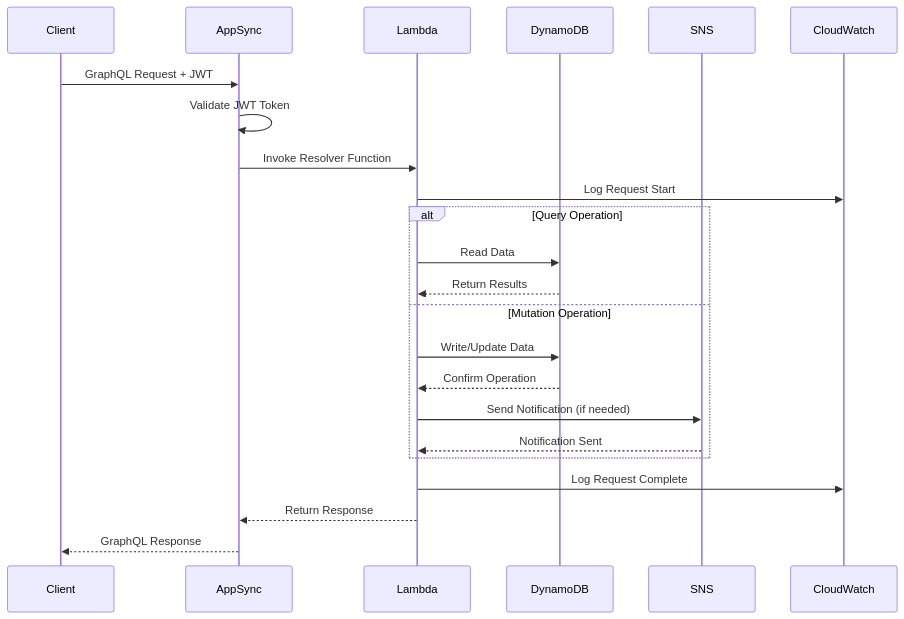
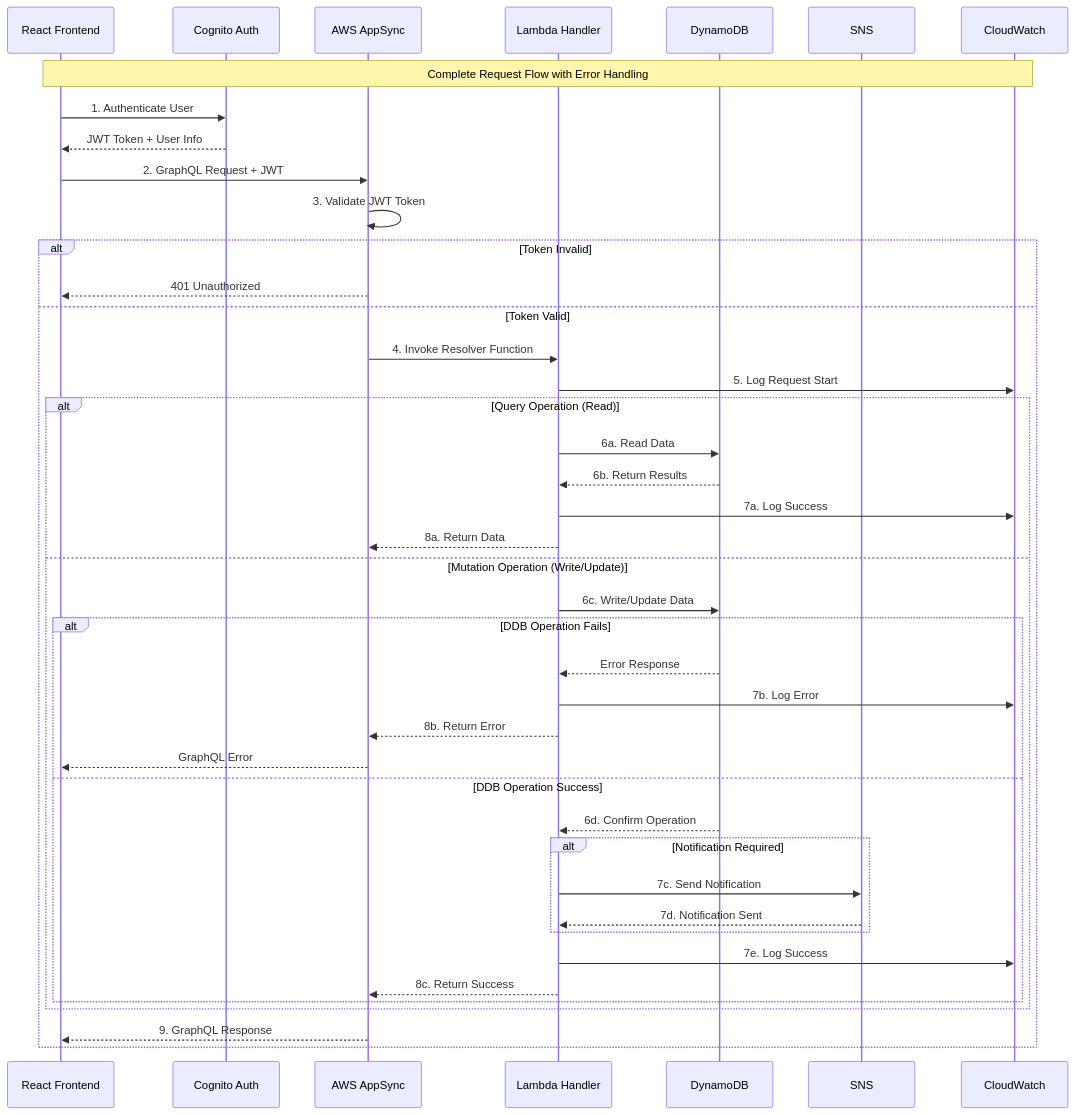
One commit to mangucletus/aws-serverless-task-management-system changed the second of 4 diagrams in backend/README.md. Above: the diagram before and after it, drawn with Mermaid. The commit also changed other lines of this file and 21 other files, not shown here.

````diff
--- a/backend/README.md
+++ b/backend/README.md
@@ -105,28 +180,54 @@
 ```mermaid
 sequenceDiagram
-    participant Client
-    participant AppSync
-    participant Lambda
-    participant DynamoDB
-    participant SNS
-    participant CloudWatch
+    participant Client as React Frontend
+    participant Auth as Cognito Auth
+    participant AppSync as AWS AppSync
+    participant Lambda as Lambda Handler
+    participant DDB as DynamoDB
+    participant SNS as SNS
+    participant CW as CloudWatch
     
-    Client->>AppSync: GraphQL Request + JWT
-    AppSync->>AppSync: Validate JWT Token
-    AppSync->>Lambda: Invoke Resolver Function
-    Lambda->>CloudWatch: Log Request Start
+    Note over Client,CW: Complete Request Flow with Error Handling
     
-    alt Query Operation
-        Lambda->>DynamoDB: Read Data
-        DynamoDB-->>Lambda: Return Results
-    else Mutation Operation
-        Lambda->>DynamoDB: Write/Update Data
-        DynamoDB-->>Lambda: Confirm Operation
-        Lambda->>SNS: Send Notification (if needed)
-        SNS-->>Lambda: Notification Sent
+    Client->>Auth: 1. Authenticate User
+    Auth-->>Client: JWT Token + User Info
+    
+    Client->>AppSync: 2. GraphQL Request + JWT
+    AppSync->>AppSync: 3. Validate JWT Token
+    
+    alt Token Invalid
+        AppSync-->>Client: 401 Unauthorized
+    else Token Valid
+        AppSync->>Lambda: 4. Invoke Resolver Function
+        Lambda->>CW: 5. Log Request Start
+        
+        alt Query Operation (Read)
+            Lambda->>DDB: 6a. Read Data
+            DDB-->>Lambda: 6b. Return Results
+            Lambda->>CW: 7a. Log Success
+            Lambda-->>AppSync: 8a. Return Data
+            
+        else Mutation Operation (Write/Update)
+            Lambda->>DDB: 6c. Write/Update Data
+            
+            alt DDB Operation Fails
+                DDB-->>Lambda: Error Response
+                Lambda->>CW: 7b. Log Error
+                Lambda-->>AppSync: 8b. Return Error
+                AppSync-->>Client: GraphQL Error
+            else DDB Operation Success
+                DDB-->>Lambda: 6d. Confirm Operation
+                
+                alt Notification Required
+                    Lambda->>SNS: 7c. Send Notification
+                    SNS-->>Lambda: 7d. Notification Sent
+                end
+                
+                Lambda->>CW: 7e. Log Success
+                Lambda-->>AppSync: 8c. Return Success
+            end
+        end
+        
+        AppSync-->>Client: 9. GraphQL Response
     end
-    
-    Lambda->>CloudWatch: Log Request Complete
-    Lambda-->>AppSync: Return Response
-    AppSync-->>Client: GraphQL Response
 ```
````
